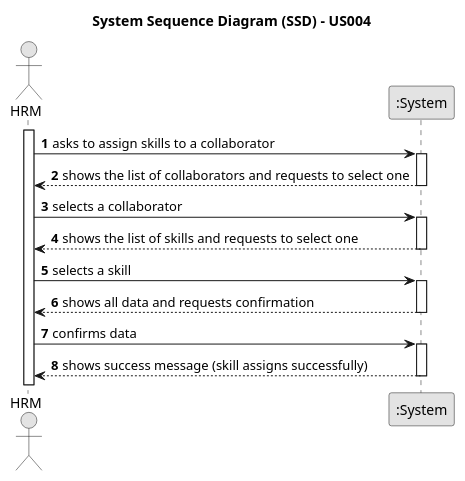
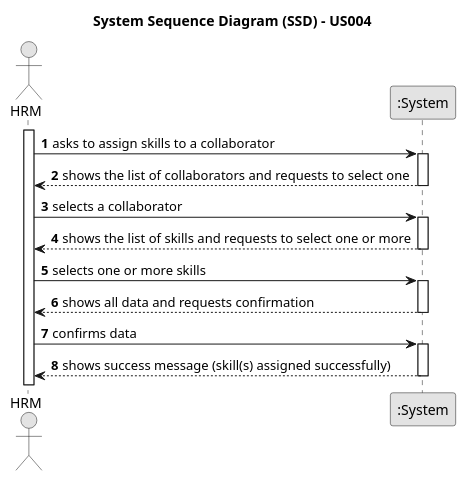
The diagram in docs/sprintC/us004/01.requirements-engineering/puml/us004-system-sequence-diagram-alternative-one.puml (ricardomm7/leaflink), drawn with PlantUML before and after one commit. The commit also changed 4 other files, not shown here.

```diff
--- a/docs/sprintC/us004/01.requirements-engineering/puml/us004-system-sequence-diagram-alternative-one.puml
+++ b/docs/sprintC/us004/01.requirements-engineering/puml/us004-system-sequence-diagram-alternative-one.puml
@@ -1,38 +1,38 @@
 @startuml
 skinparam monochrome true
 skinparam packageStyle rectangle
 skinparam shadowing false
 
 title System Sequence Diagram (SSD) - US004
 
 autonumber
 
 actor "HRM" as HRM
 participant ":System" as System
 
 activate HRM
 
     HRM -> System : asks to assign skills to a collaborator
     activate System
 
         System --> HRM : shows the list of collaborators and requests to select one
     deactivate System
 
     HRM -> System : selects a collaborator
     activate System
 
-        System --> HRM : shows the list of skills and requests to select one
+        System --> HRM : shows the list of skills and requests to select one or more
     deactivate System
 
-    HRM -> System : selects a skill
+    HRM -> System : selects one or more skills
     activate System
 
         System --> HRM : shows all data and requests confirmation
     deactivate System
 
     HRM -> System : confirms data
     activate System
 
-        System --> HRM : shows success message (skill assigns successfully)
+        System --> HRM : shows success message (skill(s) assigned successfully)
     deactivate System
 @enduml
```
